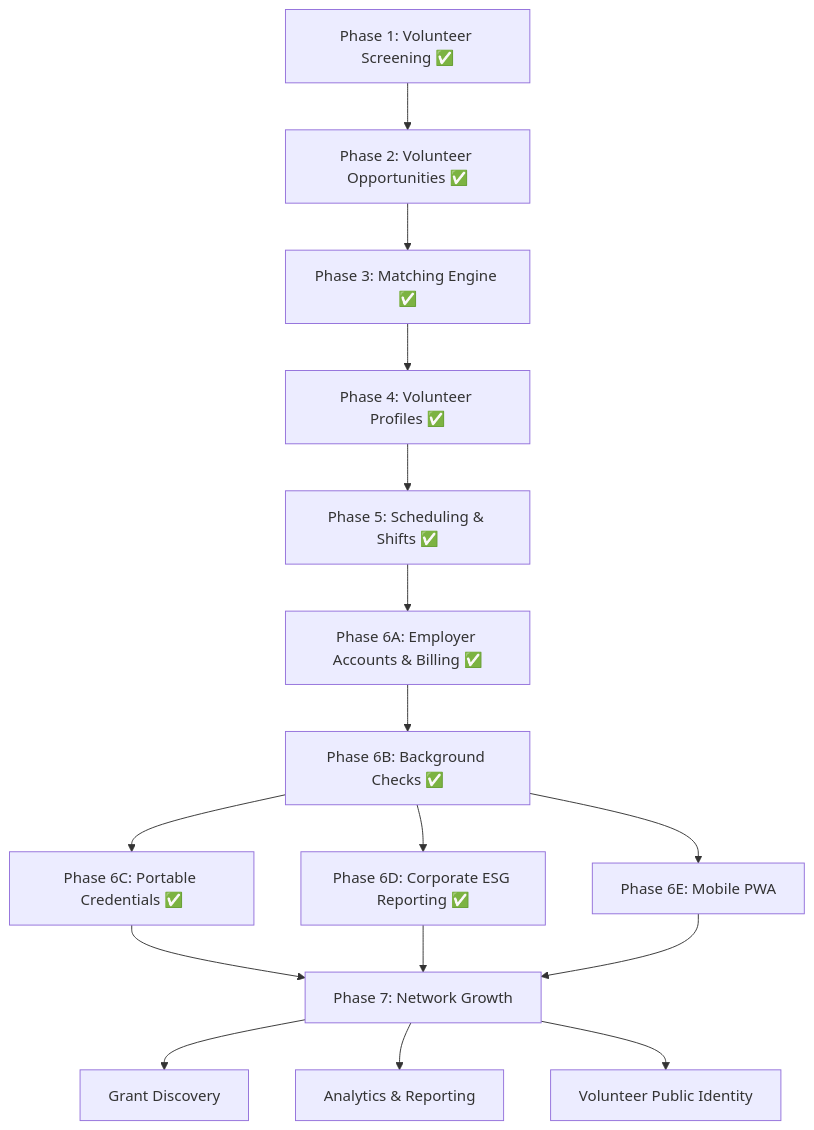
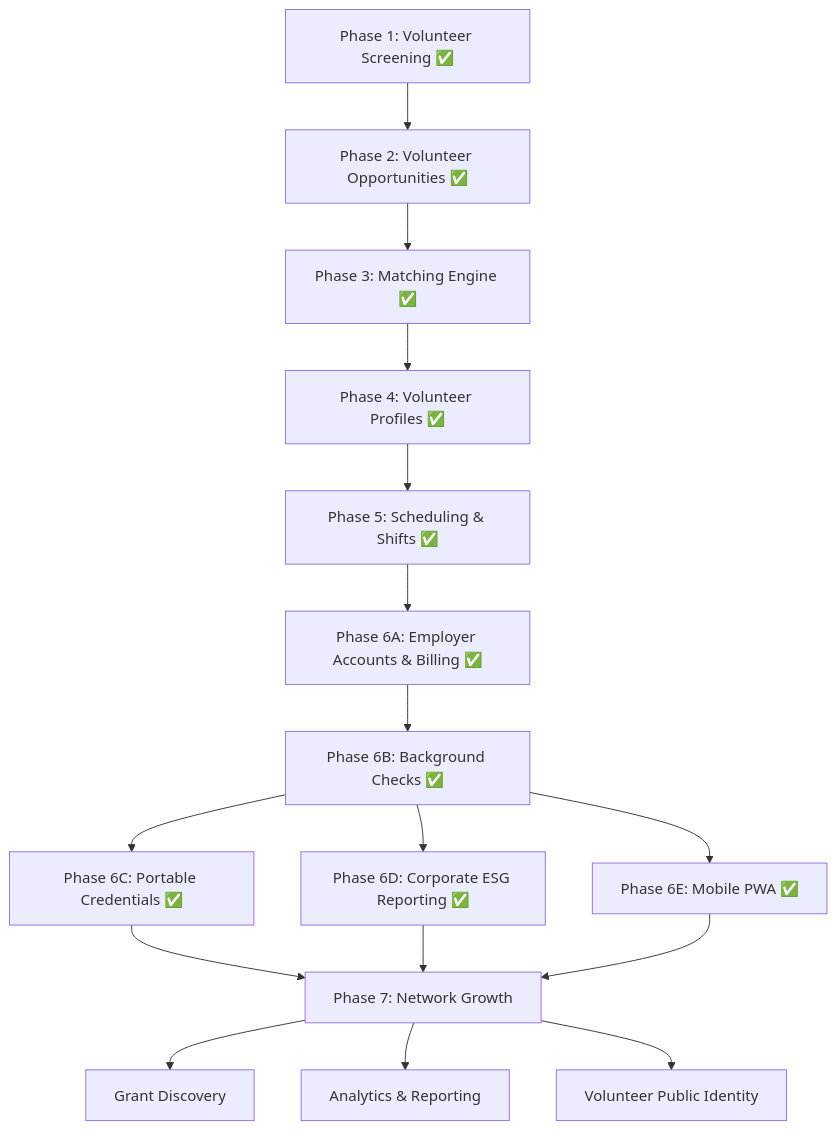
Before and after one commit to thehashrocket/volunteerready.org: diagram 12 of 12 in docs/SYSTEM_DIAGRAM.md, drawn with Mermaid. The commit also changed 14 other files, not shown here.

````diff
--- a/docs/SYSTEM_DIAGRAM.md
+++ b/docs/SYSTEM_DIAGRAM.md
@@ -488,21 +488,21 @@
 ```mermaid
 flowchart TD
     A[Phase 1: Volunteer Screening ✅] --> B[Phase 2: Volunteer Opportunities ✅]
     B --> C[Phase 3: Matching Engine ✅]
     C --> D[Phase 4: Volunteer Profiles ✅]
     D --> E[Phase 5: Scheduling & Shifts ✅]
     E --> F[Phase 6A: Employer Accounts & Billing ✅]
     F --> G[Phase 6B: Background Checks ✅]
 
     G --> H[Phase 6C: Portable Credentials ✅]
     G --> I[Phase 6D: Corporate ESG Reporting ✅]
-    G --> J[Phase 6E: Mobile PWA]
+    G --> J[Phase 6E: Mobile PWA ✅]
 
     H --> K[Phase 7: Network Growth]
     I --> K
     J --> K
 
     K --> L[Grant Discovery]
     K --> M[Analytics & Reporting]
     K --> N[Volunteer Public Identity]
 ```
````
